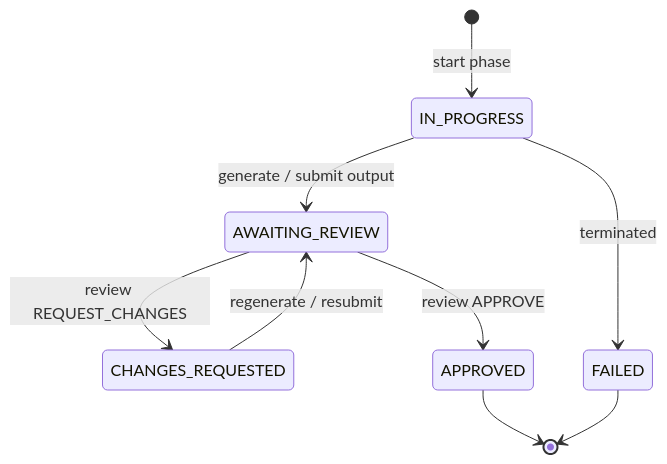
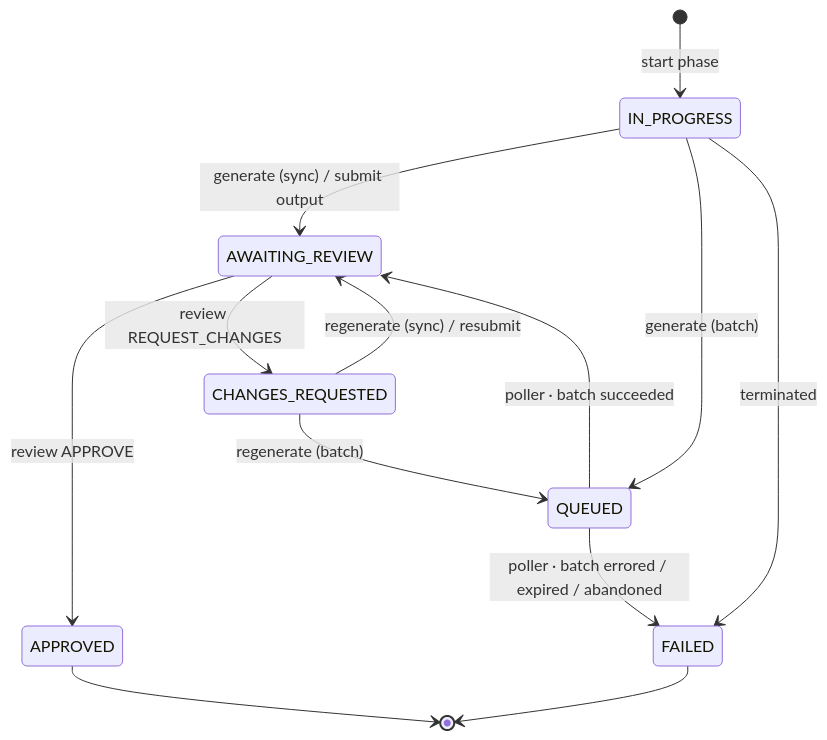
One commit to codedebear/vdt-platform changed the third of 4 diagrams in README.md. Above: the diagram before and after it, drawn with Mermaid. The commit also changed other lines of this file and 1 other file, not shown here.

First line of the commit message:
docs(be-batch-1): document batch generation (mode toggle, QUEUED, poller, env)

````diff
--- a/README.md
+++ b/README.md
@@ -181,11 +199,15 @@
 ```mermaid
 stateDiagram-v2
     [*] --> IN_PROGRESS: start phase
-    IN_PROGRESS --> AWAITING_REVIEW: generate / submit output
-    CHANGES_REQUESTED --> AWAITING_REVIEW: regenerate / resubmit
+    IN_PROGRESS --> AWAITING_REVIEW: generate (sync) / submit output
+    IN_PROGRESS --> QUEUED: generate (batch)
+    CHANGES_REQUESTED --> AWAITING_REVIEW: regenerate (sync) / resubmit
+    CHANGES_REQUESTED --> QUEUED: regenerate (batch)
+    QUEUED --> AWAITING_REVIEW: poller · batch succeeded
+    QUEUED --> FAILED: poller · batch errored / expired / abandoned
     AWAITING_REVIEW --> APPROVED: review APPROVE
     AWAITING_REVIEW --> CHANGES_REQUESTED: review REQUEST_CHANGES
     APPROVED --> [*]
     IN_PROGRESS --> FAILED: terminated
     FAILED --> [*]
 ```
````
